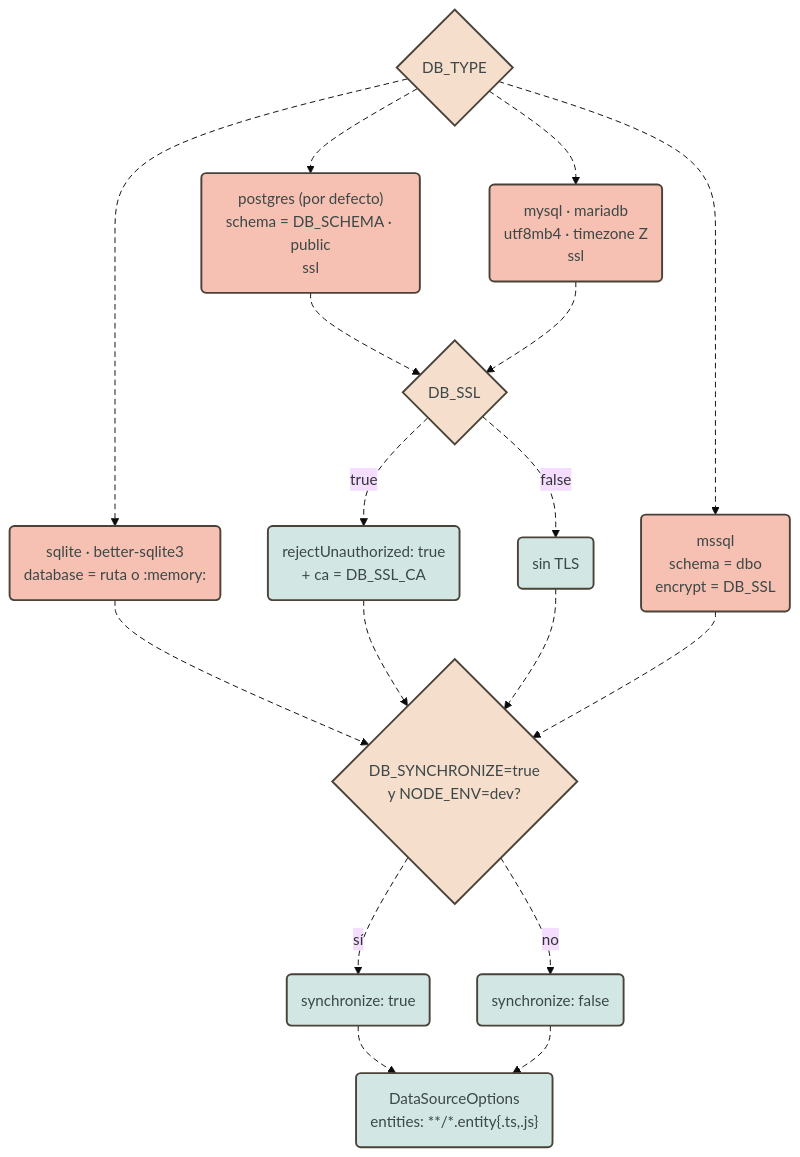
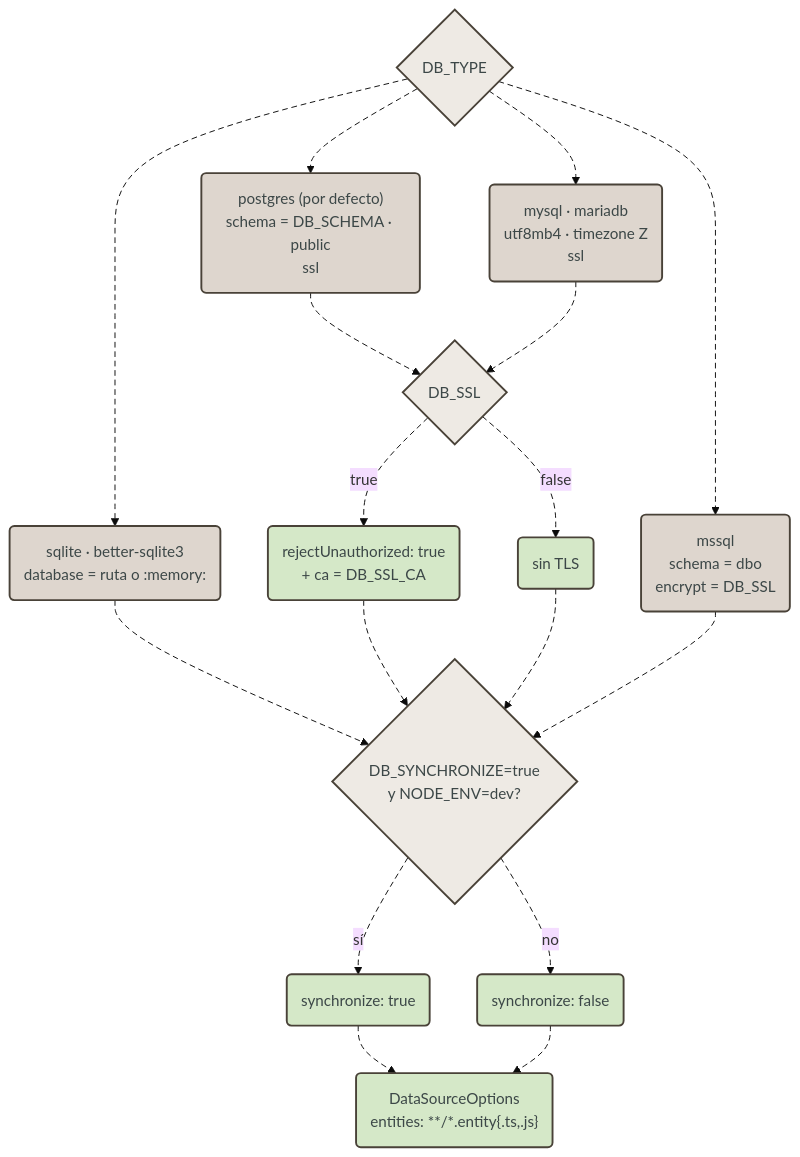
One commit to pcarroza91/nest-template changed diagram 14 of 19 in docs/architecture.md. Above: the diagram before and after it, drawn with Mermaid (base theme). The commit also changed other lines of this file and 2 other files, not shown here.

First line of the commit message:
docs(architecture): colores por capa y componente en los diagramas Mermaid

````diff
--- a/docs/architecture.md
+++ b/docs/architecture.md
@@ -595,32 +625,32 @@
 ```mermaid
 flowchart TB
     T{"DB_TYPE"}
     FILE("sqlite · better-sqlite3<br/>database = ruta o :memory:")
     PG("postgres (por defecto)<br/>schema = DB_SCHEMA · public<br/>ssl")
     MY("mysql · mariadb<br/>utf8mb4 · timezone Z<br/>ssl")
     MS("mssql<br/>schema = dbo<br/>encrypt = DB_SSL")
     SSL{"DB_SSL"}
     SSLON("rejectUnauthorized: true<br/>+ ca = DB_SSL_CA")
     SSLOFF("sin TLS")
     SY{"DB_SYNCHRONIZE=true<br/>y NODE_ENV=dev?"}
     SYON("synchronize: true")
     SYOFF("synchronize: false")
     OPTS("DataSourceOptions<br/>entities: **/*.entity{.ts,.js}")
 
     T --> FILE & PG & MY & MS
     PG & MY --> SSL
     SSL -- "true" --> SSLON
     SSL -- "false" --> SSLOFF
     FILE & SSLON & SSLOFF & MS --> SY
     SY -- "sí" --> SYON
     SY -- "no" --> SYOFF
     SYON & SYOFF --> OPTS
 
-    classDef shared fill:#d2e7e4,stroke:#494238,stroke-width:2px,color:#3c4747
-    classDef ext fill:#f6c1b2,stroke:#494238,stroke-width:2px,color:#3c4747
-    class SSLON,SSLOFF,SYON,SYOFF,OPTS shared
-    class FILE,PG,MY,MS ext
-    classDef decision fill:#f6decc,stroke:#494238,stroke-width:2px,color:#3c4747
+    classDef config fill:#d5e8c8,stroke:#494238,stroke-width:2px,color:#3c4747
+    classDef infra fill:#ded6ce,stroke:#494238,stroke-width:2px,color:#3c4747
+    classDef decision fill:#eeeae4,stroke:#494238,stroke-width:2px,color:#3c4747
+    class SSLON,SSLOFF,SYON,SYOFF,OPTS config
+    class FILE,PG,MY,MS infra
     class T,SSL,SY decision
     linkStyle default stroke-dasharray:6 4
 ```
````
